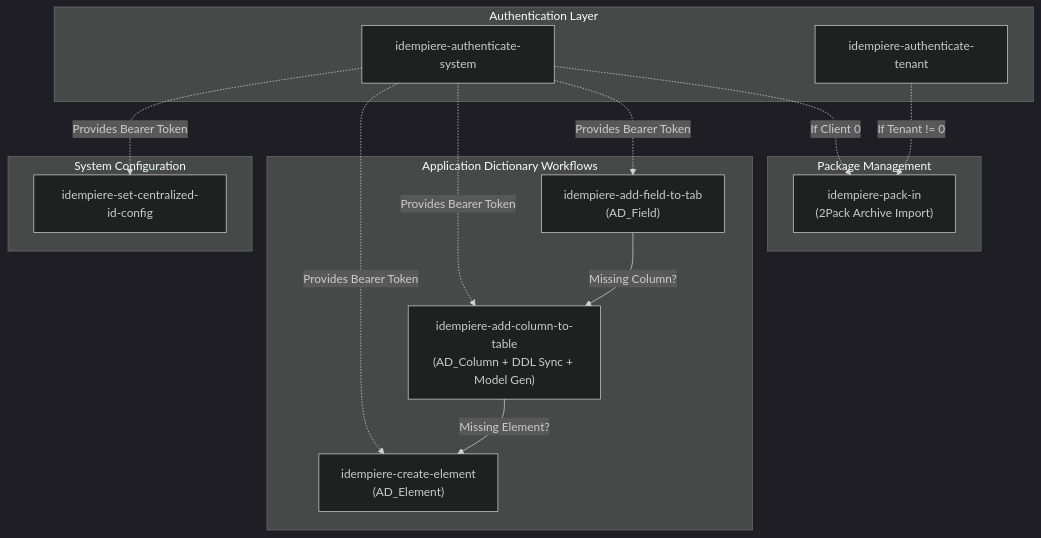
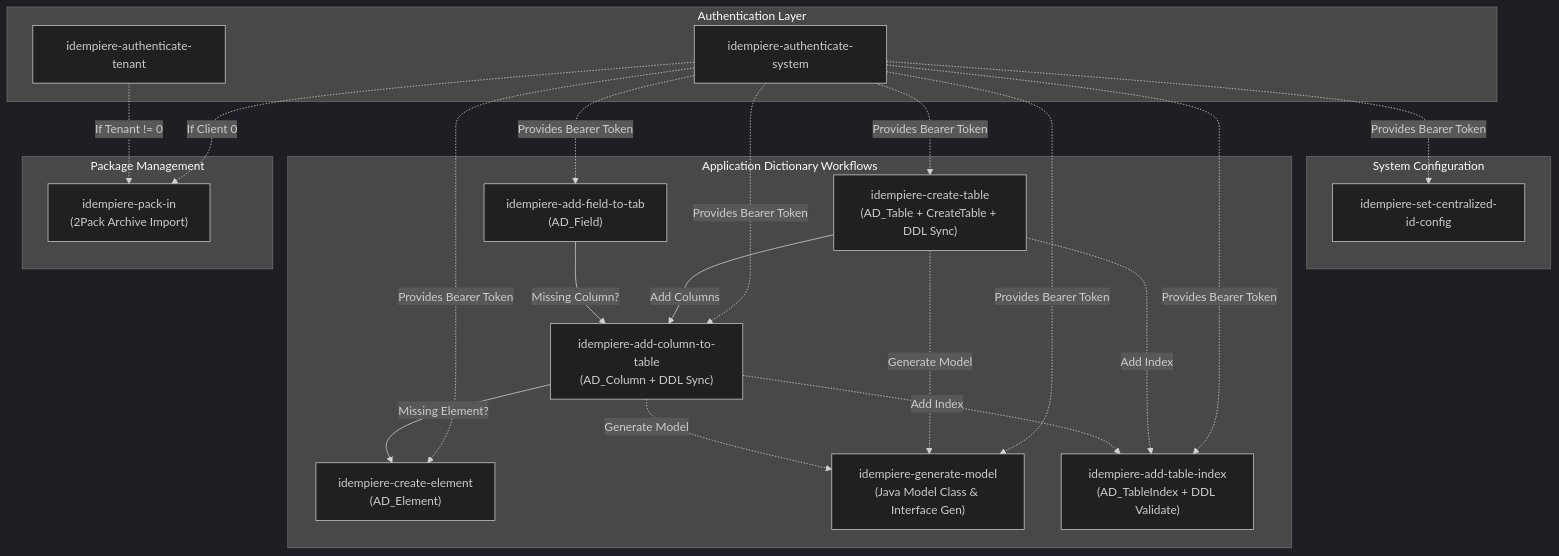
The first of 2 diagrams in idempiere-mcp-skills/skills/README.md (hengsin/idempiere-mcp), drawn with Mermaid (dark theme) before and after one commit. The commit also changed other lines of this file and 6 other files, not shown here.

````diff
--- a/idempiere-mcp-skills/skills/README.md
+++ b/idempiere-mcp-skills/skills/README.md
@@ -55,31 +61,42 @@
 ```mermaid
 flowchart TD
     subgraph Auth["Authentication Layer"]
         AUTH_SYS["idempiere-authenticate-system"]
         AUTH_TNT["idempiere-authenticate-tenant"]
     end
 
     subgraph Config["System Configuration"]
         CFG_ID["idempiere-set-centralized-id-config"]
     end
 
     subgraph AD["Application Dictionary Workflows"]
+        TBL["idempiere-create-table\n(AD_Table + CreateTable + DDL Sync)"]
         ELEM["idempiere-create-element\n(AD_Element)"]
-        COL["idempiere-add-column-to-table\n(AD_Column + DDL Sync + Model Gen)"]
+        COL["idempiere-add-column-to-table\n(AD_Column + DDL Sync)"]
         FIELD["idempiere-add-field-to-tab\n(AD_Field)"]
+        GEN["idempiere-generate-model\n(Java Model Class & Interface Gen)"]
+        IDX["idempiere-add-table-index\n(AD_TableIndex + DDL Validate)"]
     end
 
     subgraph Packaging["Package Management"]
         PACK["idempiere-pack-in\n(2Pack Archive Import)"]
     end
 
     AUTH_SYS -.->|Provides Bearer Token| CFG_ID
+    AUTH_SYS -.->|Provides Bearer Token| TBL
     AUTH_SYS -.->|Provides Bearer Token| ELEM
     AUTH_SYS -.->|Provides Bearer Token| COL
     AUTH_SYS -.->|Provides Bearer Token| FIELD
+    AUTH_SYS -.->|Provides Bearer Token| GEN
+    AUTH_SYS -.->|Provides Bearer Token| IDX
     AUTH_SYS -.->|If Client 0| PACK
     AUTH_TNT -.->|If Tenant != 0| PACK
 
+    TBL -->|Add Columns| COL
+    TBL -.->|Generate Model| GEN
+    TBL -.->|Add Index| IDX
     FIELD -->|Missing Column?| COL
     COL -->|Missing Element?| ELEM
+    COL -.->|Generate Model| GEN
+    COL -.->|Add Index| IDX
 ```
````
